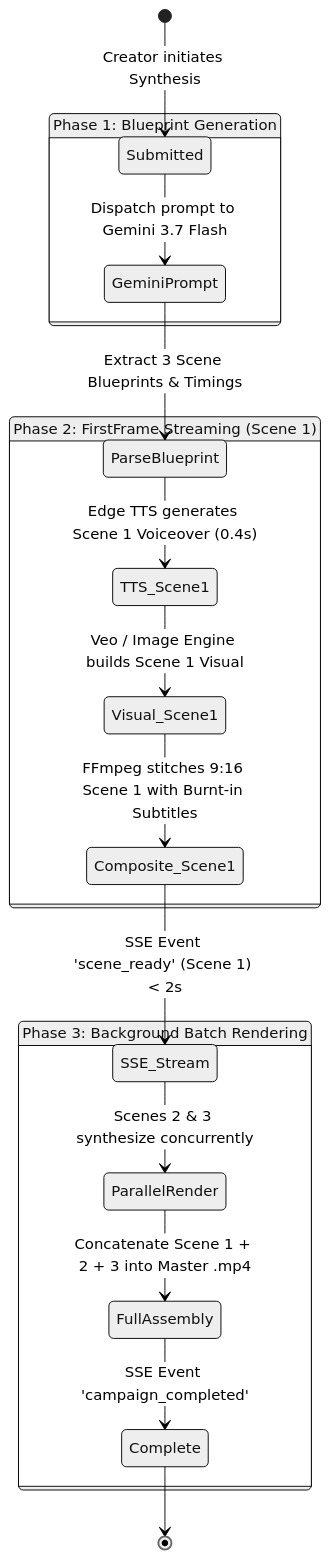
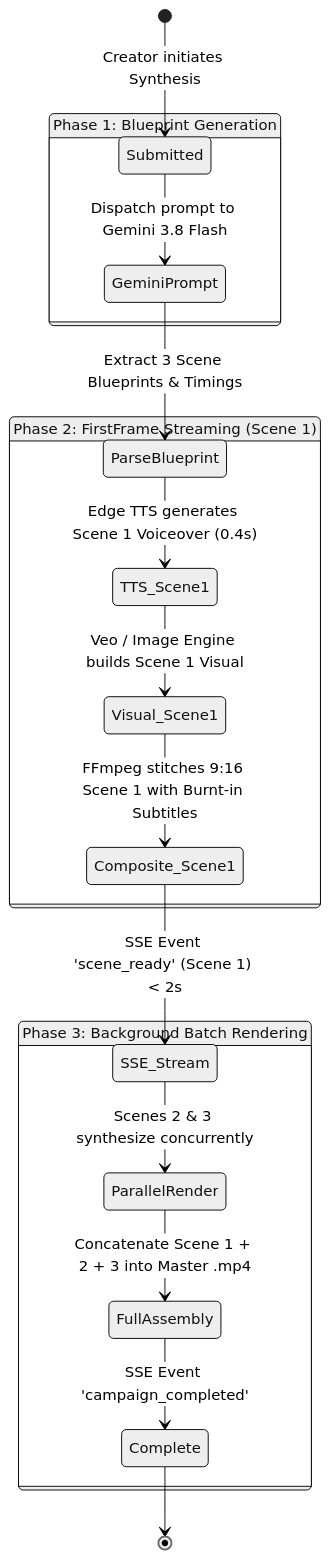
One commit to N-45div/Ashky changed the third of 8 diagrams in ARCHITECTURE.md. Above: the diagram before and after it, drawn with Mermaid (neutral theme). The commit also changed other lines of this file and 6 other files, not shown here.

Commit message:
feat: upgrade to Gemini 3.8 Flash & Veo 3.1 with end-to-end multimodal Agentic Vision Critic

````diff
--- a/ARCHITECTURE.md
+++ b/ARCHITECTURE.md
@@ -142,24 +142,24 @@
 ```mermaid
 stateDiagram-v2
     [*] --> Submitted: Creator initiates Synthesis
     
     state "Phase 1: Blueprint Generation" as P1 {
-        Submitted --> GeminiPrompt: Dispatch prompt to Gemini 3.7 Flash
+        Submitted --> GeminiPrompt: Dispatch prompt to Gemini 3.8 Flash
         GeminiPrompt --> ParseBlueprint: Extract 3 Scene Blueprints & Timings
     }
 
     state "Phase 2: FirstFrame Streaming (Scene 1)" as P2 {
         ParseBlueprint --> TTS_Scene1: Edge TTS generates Scene 1 Voiceover (0.4s)
         TTS_Scene1 --> Visual_Scene1: Veo / Image Engine builds Scene 1 Visual
         Visual_Scene1 --> Composite_Scene1: FFmpeg stitches 9:16 Scene 1 with Burnt-in Subtitles
         Composite_Scene1 --> SSE_Stream: SSE Event 'scene_ready' (Scene 1) < 2s
     }
 
     state "Phase 3: Background Batch Rendering" as P3 {
         SSE_Stream --> ParallelRender: Scenes 2 & 3 synthesize concurrently
         ParallelRender --> FullAssembly: Concatenate Scene 1 + 2 + 3 into Master .mp4
         FullAssembly --> Complete: SSE Event 'campaign_completed'
     }
 
     Complete --> [*]
 ```
````
